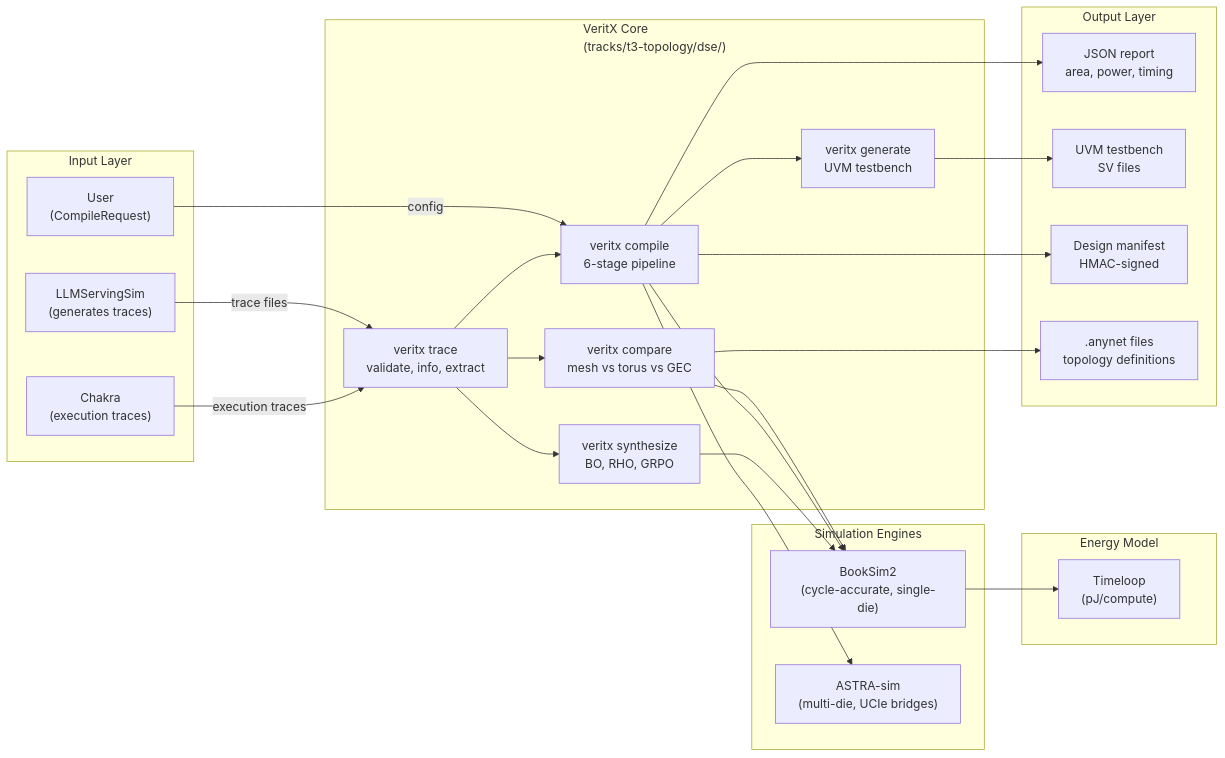
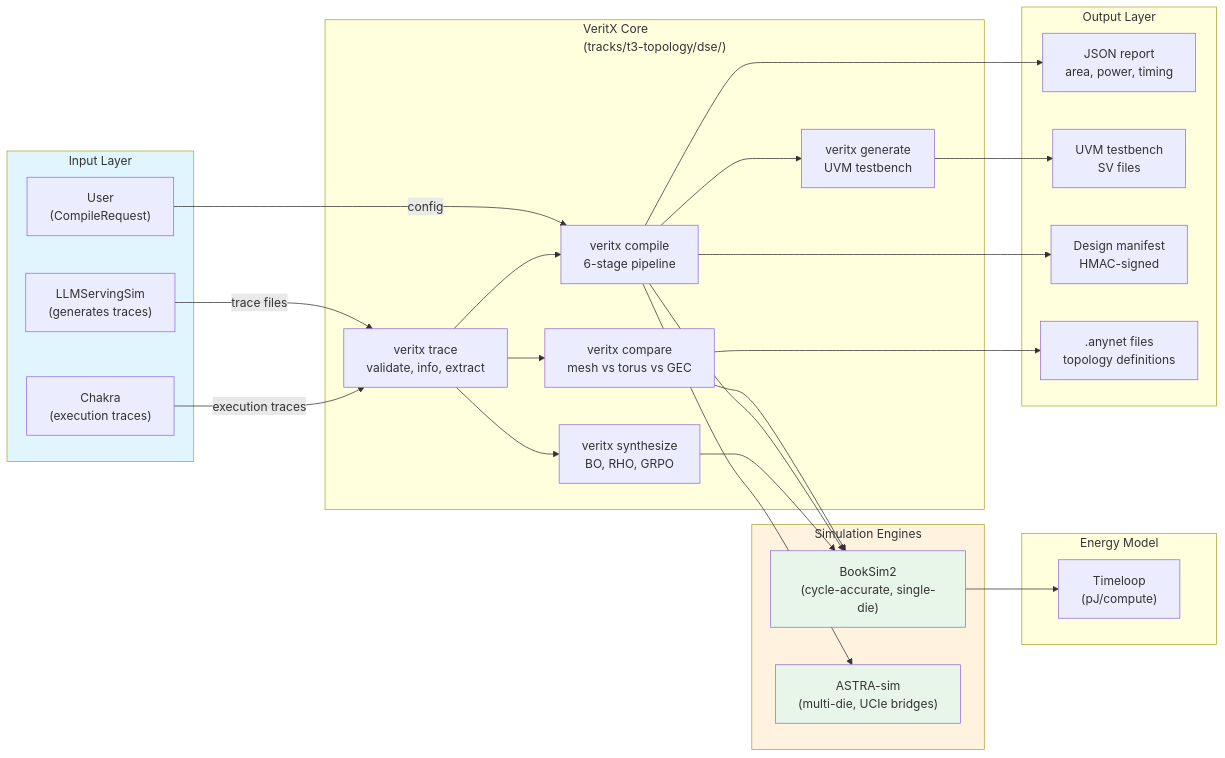
One commit to Anmol-S314/veritx-research changed the seventh of 17 diagrams in tracks/t3-topology/dse/README.md. Above: the diagram before and after it, drawn with Mermaid. The commit also changed other lines of this file and 1 other file, not shown here.

First line of the commit message:
docs: color-code all 22 Mermaid diagrams with consistent scheme

````diff
--- a/tracks/t3-topology/dse/README.md
+++ b/tracks/t3-topology/dse/README.md
@@ -1105,49 +1126,53 @@
 ```mermaid
 flowchart LR
     subgraph Input["Input Layer"]
         I1["LLMServingSim\n(generates traces)"]
         I2["Chakra\n(execution traces)"]
         I3["User\n(CompileRequest)"]
     end
 
     subgraph Core["VeritX Core\n(tracks/t3-topology/dse/)"]
         C1["veritx trace\nvalidate, info, extract"]
         C2["veritx compare\nmesh vs torus vs GEC"]
         C3["veritx compile\n6-stage pipeline"]
         C4["veritx synthesize\nBO, RHO, GRPO"]
         C5["veritx generate\nUVM testbench"]
     end
 
     subgraph Sim["Simulation Engines"]
         S1["BookSim2\n(cycle-accurate, single-die)"]
         S2["ASTRA-sim\n(multi-die, UCIe bridges)"]
     end
 
     subgraph Energy["Energy Model"]
         E1["Timeloop\n(pJ/compute)"]
     end
 
     subgraph Output["Output Layer"]
         O1["JSON report\narea, power, timing"]
         O2["UVM testbench\nSV files"]
         O3["Design manifest\nHMAC-signed"]
         O4[".anynet files\ntopology definitions"]
     end
 
     I1 -->|"trace files"| C1
     I2 -->|"execution traces"| C1
     I3 -->|"config"| C3
     C1 --> C2
     C1 --> C3
     C1 --> C4
     C3 --> C5
     C2 --> S1
     C3 --> S1
     C4 --> S1
     C3 --> S2
     S1 --> E1
     C3 --> O1
     C5 --> O2
     C3 --> O3
     C2 --> O4
+    style Input fill:#e1f5fe
+    style S1 fill:#e8f5e9
+    style S2 fill:#e8f5e9
+    style Sim fill:#fff3e0
 ```
````
